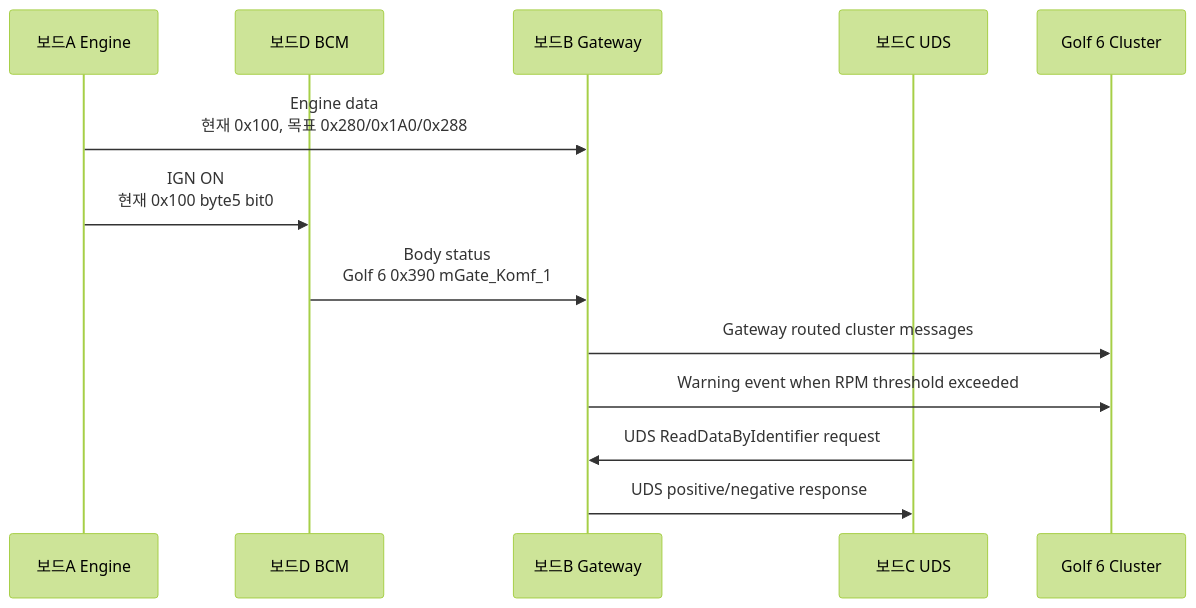
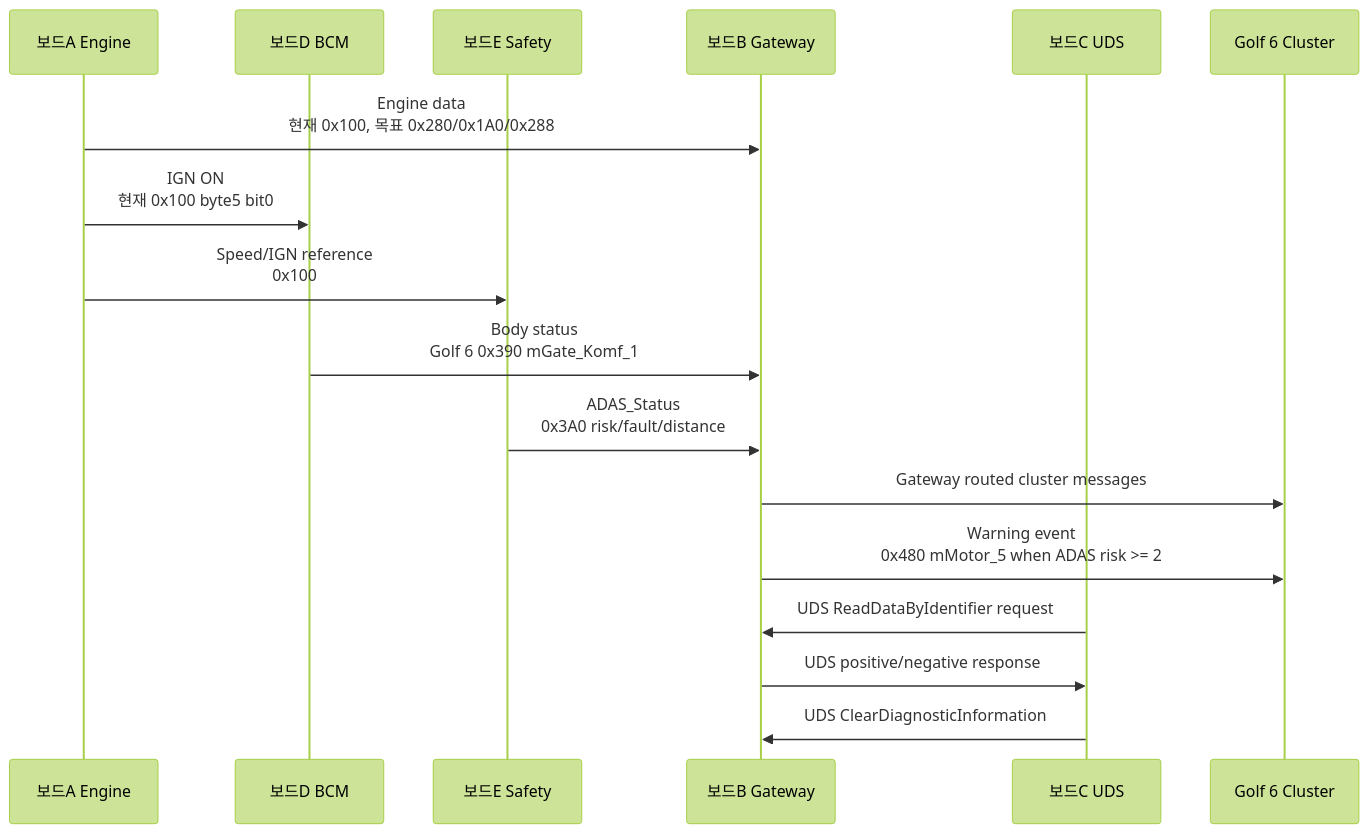
One commit to JJiiyun/can-gateway-uds changed the second of 2 diagrams in README.md. Above: the diagram before and after it, drawn with Mermaid (forest theme). The commit also changed other lines of this file and 34 other files, not shown here.

````diff
--- a/README.md
+++ b/README.md
@@ -70,16 +75,20 @@
 ```mermaid
 sequenceDiagram
     participant A as 보드A Engine
     participant D as 보드D BCM
+    participant E as 보드E Safety
     participant B as 보드B Gateway
     participant C as 보드C UDS
     participant K as Golf 6 Cluster
 
     A->>B: Engine data<br/>현재 0x100, 목표 0x280/0x1A0/0x288
     A->>D: IGN ON<br/>현재 0x100 byte5 bit0
+    A->>E: Speed/IGN reference<br/>0x100
     D->>B: Body status<br/>Golf 6 0x390 mGate_Komf_1
+    E->>B: ADAS_Status<br/>0x3A0 risk/fault/distance
     B->>K: Gateway routed cluster messages
-    B->>K: Warning event when RPM threshold exceeded
+    B->>K: Warning event<br/>0x480 mMotor_5 when ADAS risk >= 2
     C->>B: UDS ReadDataByIdentifier request
     B->>C: UDS positive/negative response
+    C->>B: UDS ClearDiagnosticInformation
 ```
````
